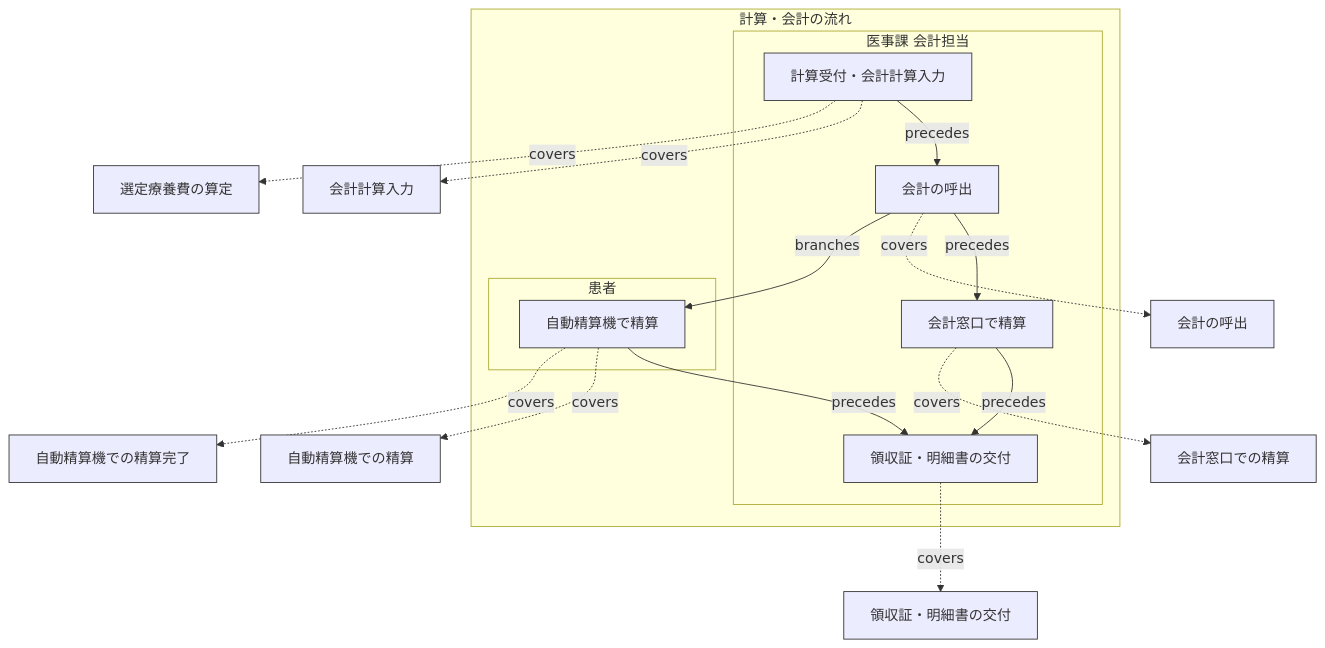
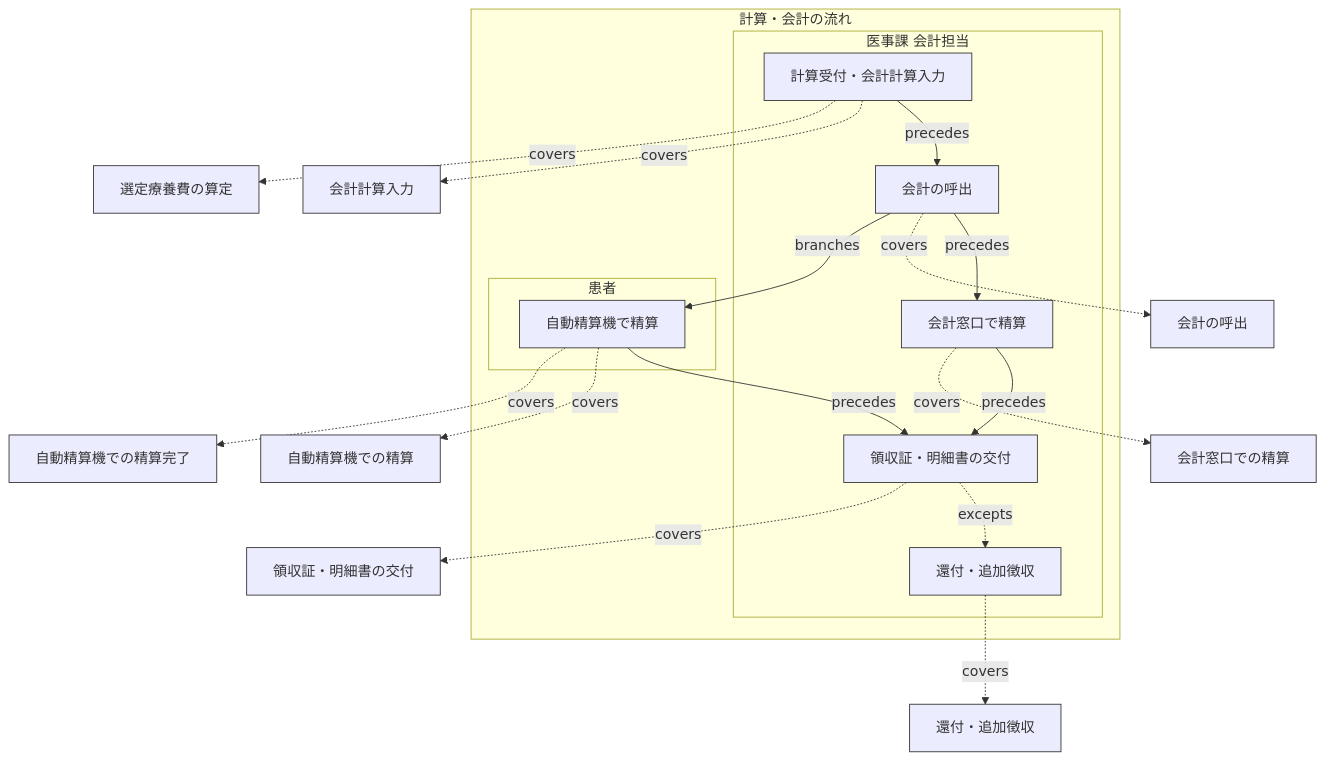
The diagram in samples/clinic-ops/out/buc/flow_visit_payment.mmd (manji-0/rdra-ish-dsl), drawn with Mermaid before and after one commit. The commit also changed 14 other files, not shown here.

```diff
--- a/samples/clinic-ops/out/buc/flow_visit_payment.mmd
+++ b/samples/clinic-ops/out/buc/flow_visit_payment.mmd
@@ -1,41 +1,45 @@
 %% rdra-ish diagram=flow scope=buc:BucVisitPayment model=samples/clinic-ops
 %% kinds: flow step lane usecase event
 %% omitted: buc
 flowchart TD
   subgraph flow__VisitPaymentFlow["計算・会計の流れ"]
     subgraph lane__VisitPaymentFlow__AccountsClerk["医事課 会計担当"]
       %% lane lane__VisitPaymentFlow__AccountsClerk: actor__AccountsClerk
       step__CalculationStep["計算受付・会計計算入力"]:::step
       step__CallStep["会計の呼出"]:::step
       step__ReceiptStep["領収証・明細書の交付"]:::step
+      step__RefundStep["還付・追加徴収"]:::step
       step__WindowStep["会計窓口で精算"]:::step
     end
     subgraph lane__VisitPaymentFlow__Patient["患者"]
       %% lane lane__VisitPaymentFlow__Patient: actor__Patient
       step__KioskStep["自動精算機で精算"]:::step
     end
   end
   usecase__ApplySelectedTreatmentFee["選定療養費の算定"]:::usecase
   usecase__CalculateVisitBill["会計計算入力"]:::usecase
   usecase__CallPatientForPayment["会計の呼出"]:::usecase
   usecase__IssueReceipt["領収証・明細書の交付"]:::usecase
+  usecase__RefundPayment["還付・追加徴収"]:::usecase
   usecase__SettleAtKiosk["自動精算機での精算"]:::usecase
   usecase__SettleAtWindow["会計窓口での精算"]:::usecase
   event__EvPaymentSettled["自動精算機での精算完了"]:::event
   step__CalculationStep -.->|covers| usecase__ApplySelectedTreatmentFee
   step__CalculationStep -.->|covers| usecase__CalculateVisitBill
   step__CalculationStep -->|precedes| step__CallStep
   step__CallStep -->|branches| step__KioskStep
   step__CallStep -.->|covers| usecase__CallPatientForPayment
   step__CallStep -->|precedes| step__WindowStep
   step__KioskStep -.->|covers| event__EvPaymentSettled
   step__KioskStep -.->|covers| usecase__SettleAtKiosk
   step__KioskStep -->|precedes| step__ReceiptStep
   step__ReceiptStep -.->|covers| usecase__IssueReceipt
+  step__ReceiptStep -.->|excepts| step__RefundStep
+  step__RefundStep -.->|covers| usecase__RefundPayment
   step__WindowStep -.->|covers| usecase__SettleAtWindow
   step__WindowStep -->|precedes| step__ReceiptStep
   classDef flow stroke:#333;
   classDef step stroke:#333;
   classDef lane stroke:#333;
   classDef usecase stroke:#333;
   classDef event stroke:#333;
```
